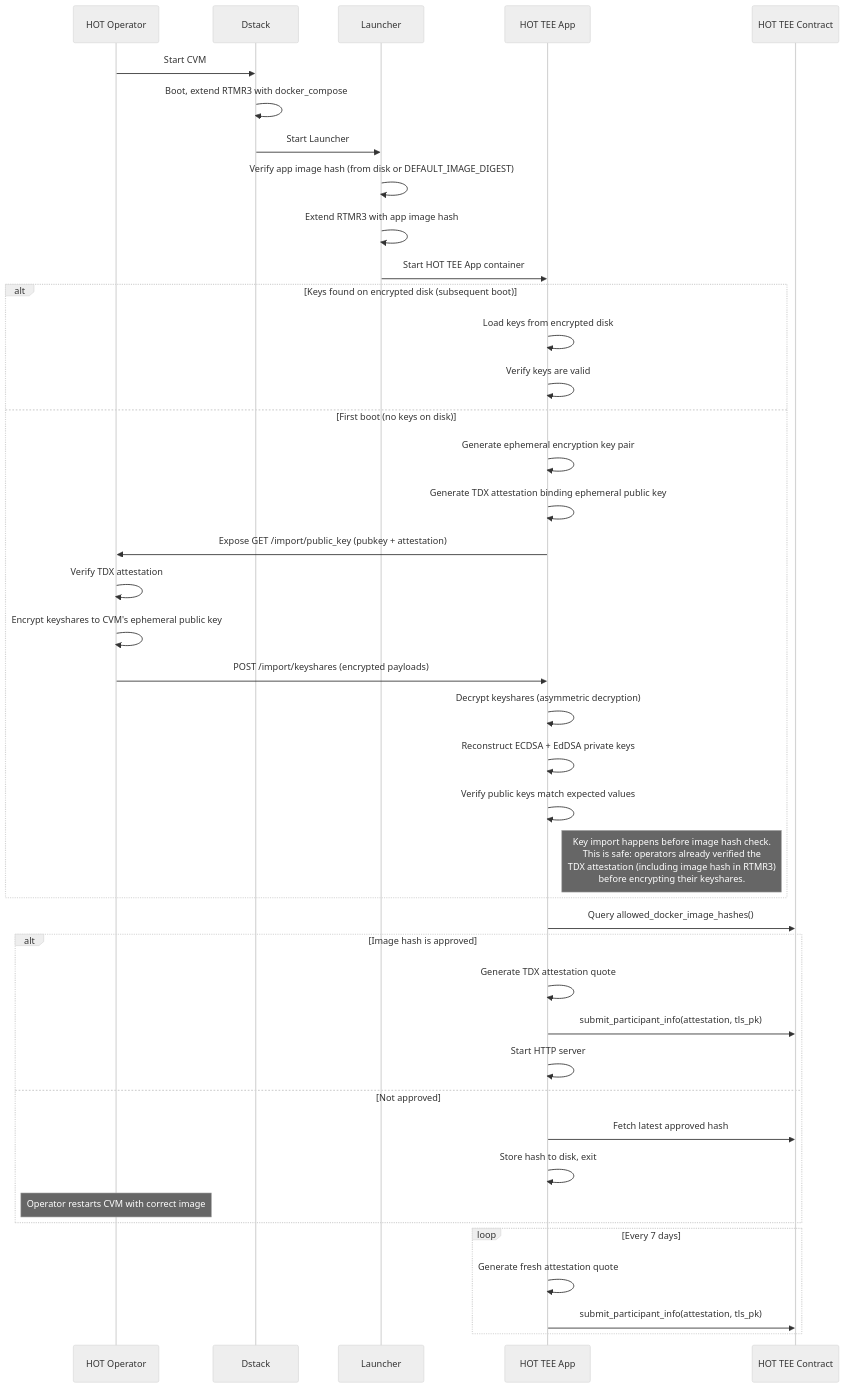
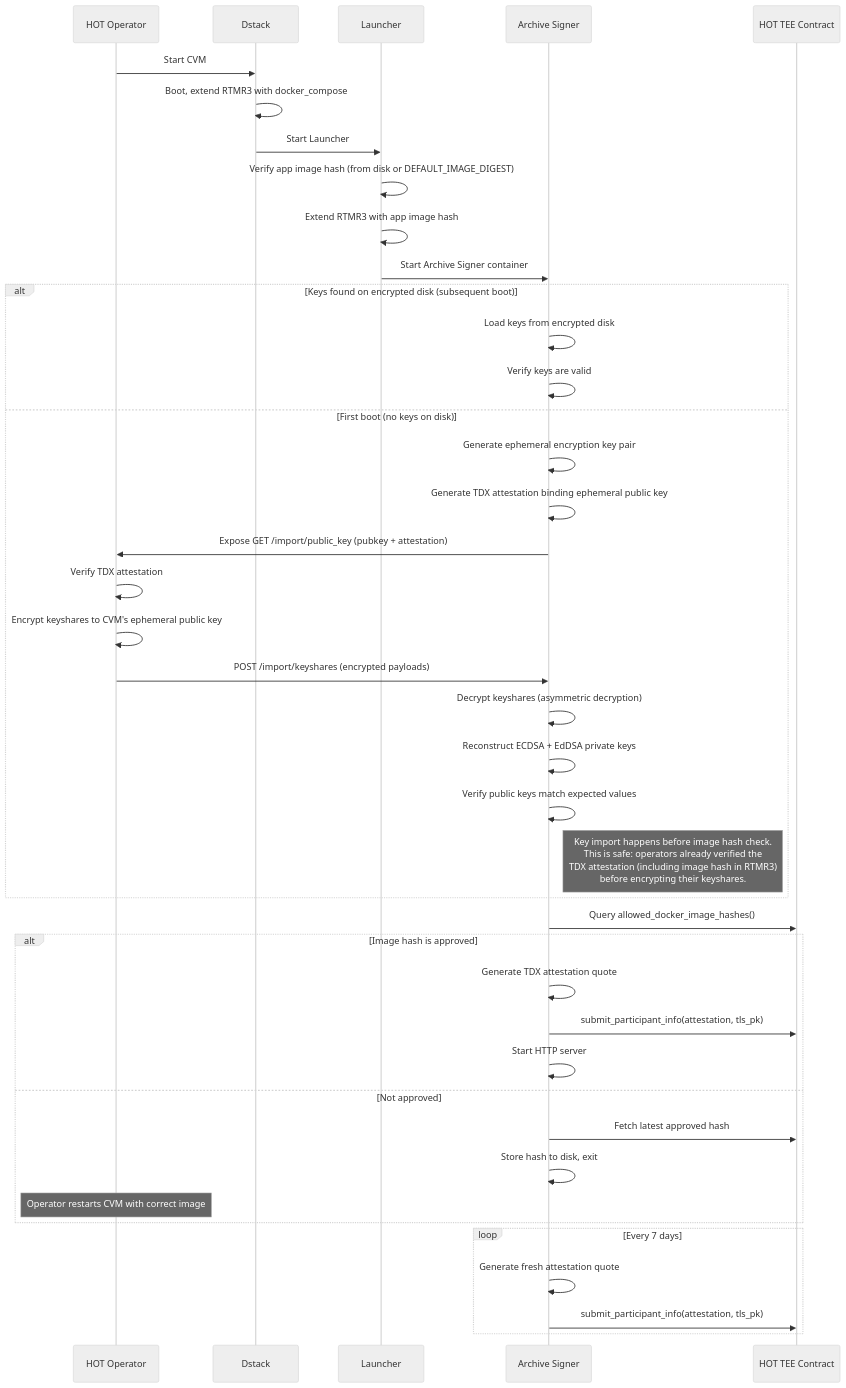
The fourth of 4 diagrams in docs/hot-tee-signing-design.md (near/mpc), drawn with Mermaid (neutral theme) before and after one commit. The commit also changed other lines of this file, not shown here.

First line of the commit message:
docs: rename HOT TEE Signing Application to Archive Signer

````diff
--- a/docs/hot-tee-signing-design.md
+++ b/docs/hot-tee-signing-design.md
@@ -475,49 +475,49 @@
 ```mermaid
 sequenceDiagram
     participant OP as HOT Operator
     participant DS as Dstack
     participant LA as Launcher
-    participant APP as HOT TEE App
+    participant APP as Archive Signer
     participant HC as HOT TEE Contract
 
     OP ->> DS: Start CVM
     DS ->> DS: Boot, extend RTMR3 with docker_compose
     DS ->> LA: Start Launcher
     LA ->> LA: Verify app image hash (from disk or DEFAULT_IMAGE_DIGEST)
     LA ->> LA: Extend RTMR3 with app image hash
-    LA ->> APP: Start HOT TEE App container
+    LA ->> APP: Start Archive Signer container
 
     alt Keys found on encrypted disk (subsequent boot)
         APP ->> APP: Load keys from encrypted disk
         APP ->> APP: Verify keys are valid
     else First boot (no keys on disk)
         APP ->> APP: Generate ephemeral encryption key pair
         APP ->> APP: Generate TDX attestation binding ephemeral public key
         APP ->> OP: Expose GET /import/public_key (pubkey + attestation)
 
         OP ->> OP: Verify TDX attestation
         OP ->> OP: Encrypt keyshares to CVM's ephemeral public key
         OP ->> APP: POST /import/keyshares (encrypted payloads)
 
         APP ->> APP: Decrypt keyshares (asymmetric decryption)
         APP ->> APP: Reconstruct ECDSA + EdDSA private keys
         APP ->> APP: Verify public keys match expected values
         Note right of APP: Key import happens before image hash check.<br/>This is safe: operators already verified the<br/>TDX attestation (including image hash in RTMR3)<br/>before encrypting their keyshares.
     end
 
     APP ->> HC: Query allowed_docker_image_hashes()
     alt Image hash is approved
         APP ->> APP: Generate TDX attestation quote
         APP ->> HC: submit_participant_info(attestation, tls_pk)
         APP ->> APP: Start HTTP server
     else Not approved
         APP ->> HC: Fetch latest approved hash
         APP ->> APP: Store hash to disk, exit
         Note over OP: Operator restarts CVM with correct image
     end
 
     loop Every 7 days
         APP ->> APP: Generate fresh attestation quote
         APP ->> HC: submit_participant_info(attestation, tls_pk)
     end
 ```
````
